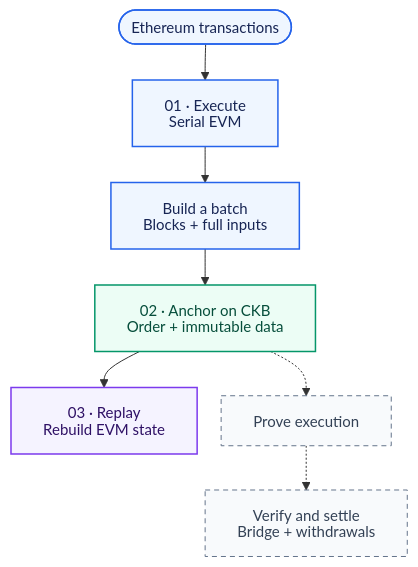
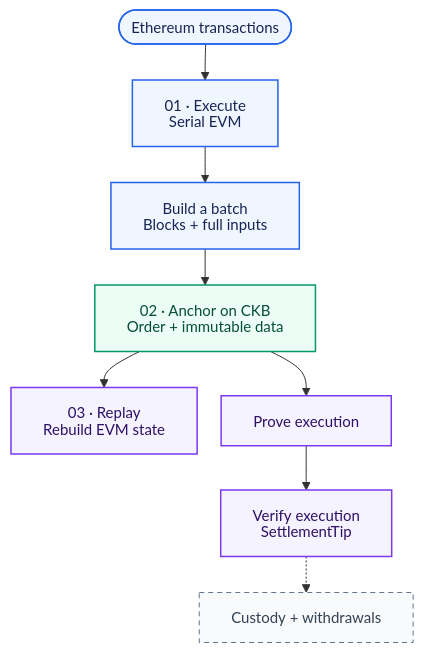
The first of 2 diagrams in README.md (Tactus-Labs/tactus), drawn with Mermaid before and after one commit. The commit also changed other lines of this file and 33 other files, not shown here.

````diff
--- a/README.md
+++ b/README.md
@@ -31,28 +32,30 @@
 ```mermaid
 %%{init: {"htmlLabels": false, "flowchart": {"htmlLabels": false, "nodeSpacing": 24, "rankSpacing": 36, "padding": 16}, "themeVariables": {"fontFamily": "Arial, sans-serif", "fontSize": "15px"}}}%%
 flowchart TB
     tx(["Ethereum transactions"])
     builder["01 · Execute<br/>Serial EVM"]
     batch["Build a batch<br/>Blocks + full inputs"]
     anchor["02 · Anchor on CKB<br/>Order + immutable data"]
     replay["03 · Replay<br/>Rebuild EVM state"]
     proof["Prove execution"]
-    settlement["Verify and settle<br/>Bridge + withdrawals"]
+    settlement["Verify execution<br/>SettlementTip"]
+    bridge["Custody + withdrawals"]
 
     builder --> batch
 
     tx --> builder
     batch --> anchor
     anchor --> replay
-    anchor -.-> proof
-    proof -.-> settlement
+    anchor --> proof
+    proof --> settlement
+    settlement -.-> bridge
 
     classDef evm fill:#eff6ff,stroke:#2563eb,color:#172554,stroke-width:1.5px
     classDef chain fill:#ecfdf5,stroke:#059669,color:#064e3b,stroke-width:1.5px
     classDef recovery fill:#f5f3ff,stroke:#7c3aed,color:#2e1065,stroke-width:1.5px
     classDef future fill:#f8fafc,stroke:#64748b,color:#334155,stroke-dasharray:5 4
     class tx,builder,batch evm
     class anchor chain
-    class replay recovery
-    class proof,settlement future
+    class replay,proof,settlement recovery
+    class bridge future
 ```
````
